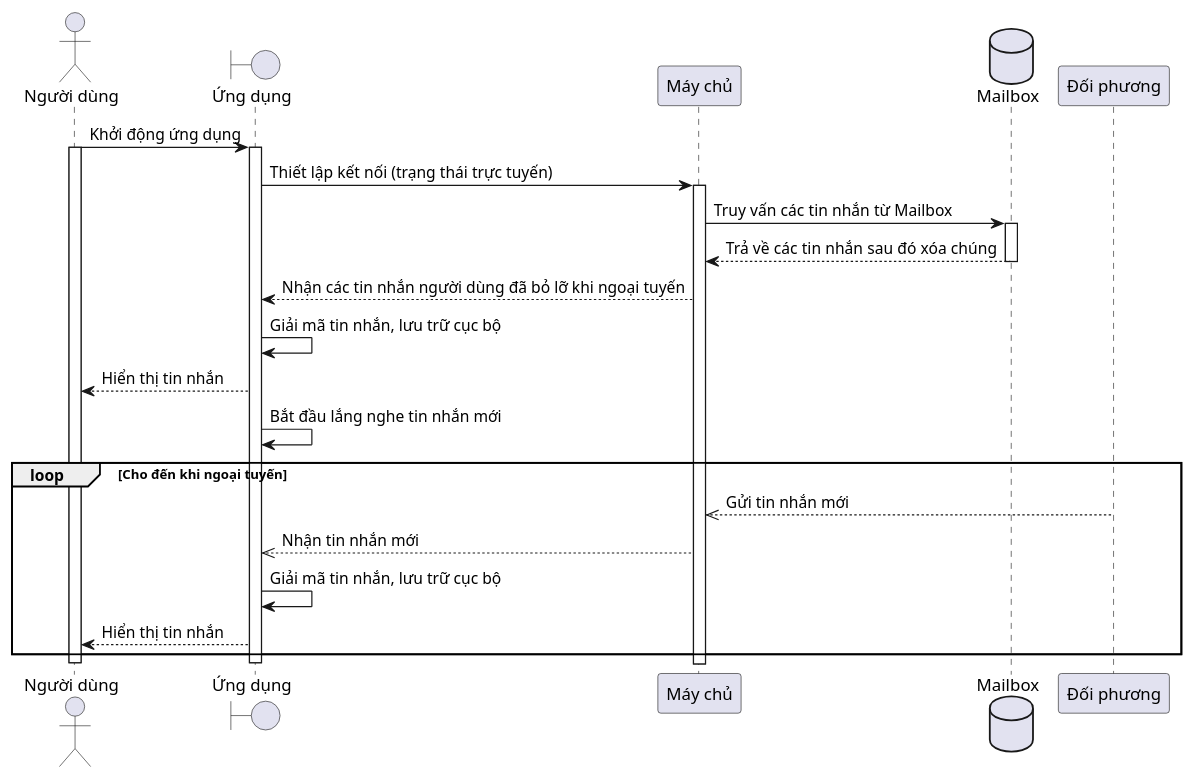
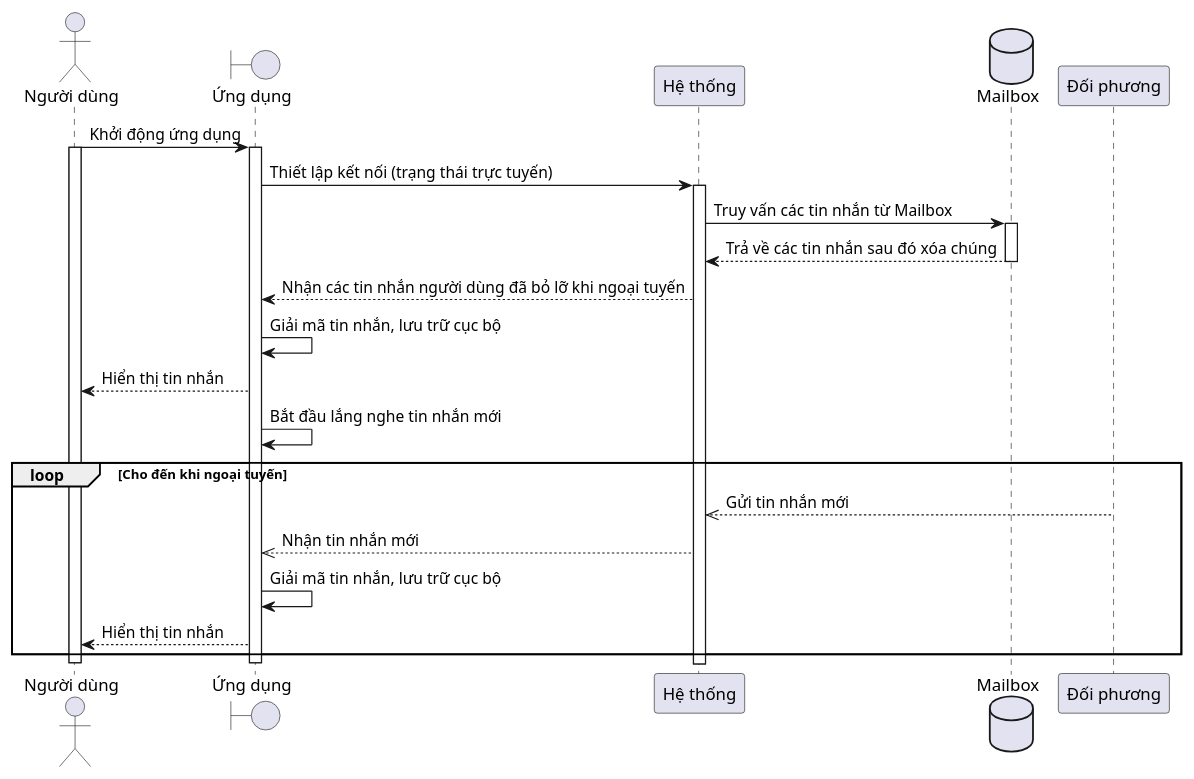
Before and after one commit to shhh-cat/Blackat_UML: the diagram in Sequence Diagram/Receiving.pu, drawn with PlantUML. The commit also changed 3 other files, not shown here.

```diff
--- a/Sequence Diagram/Receiving.pu
+++ b/Sequence Diagram/Receiving.pu
@@ -1,37 +1,37 @@
 @startuml
 
 
 actor "Người dùng" as user
 boundary "Ứng dụng" as app
-participant "Máy chủ" as server
+participant "Hệ thống" as server
 database "Mailbox" as db
 participant "Đối phương" as partner
 
 user -> app: Khởi động ứng dụng
 activate app
 activate user
 app -> server: Thiết lập kết nối (trạng thái trực tuyến)
 
 
 activate server
 server -> db: Truy vấn các tin nhắn từ Mailbox
 activate db
 server <-- db: Trả về các tin nhắn sau đó xóa chúng
 deactivate db
 server --> app: Nhận các tin nhắn người dùng đã bỏ lỡ khi ngoại tuyến
 
 
 app -> app: Giải mã tin nhắn, lưu trữ cục bộ
 user <-- app: Hiển thị tin nhắn
 app -> app: Bắt đầu lắng nghe tin nhắn mới
 loop Cho đến khi ngoại tuyến
     server <<-- partner: Gửi tin nhắn mới
     app <<-- server: Nhận tin nhắn mới
     app -> app: Giải mã tin nhắn, lưu trữ cục bộ
     user <-- app: Hiển thị tin nhắn
 end
 deactivate app
 deactivate user
 
 
 @enduml
```
